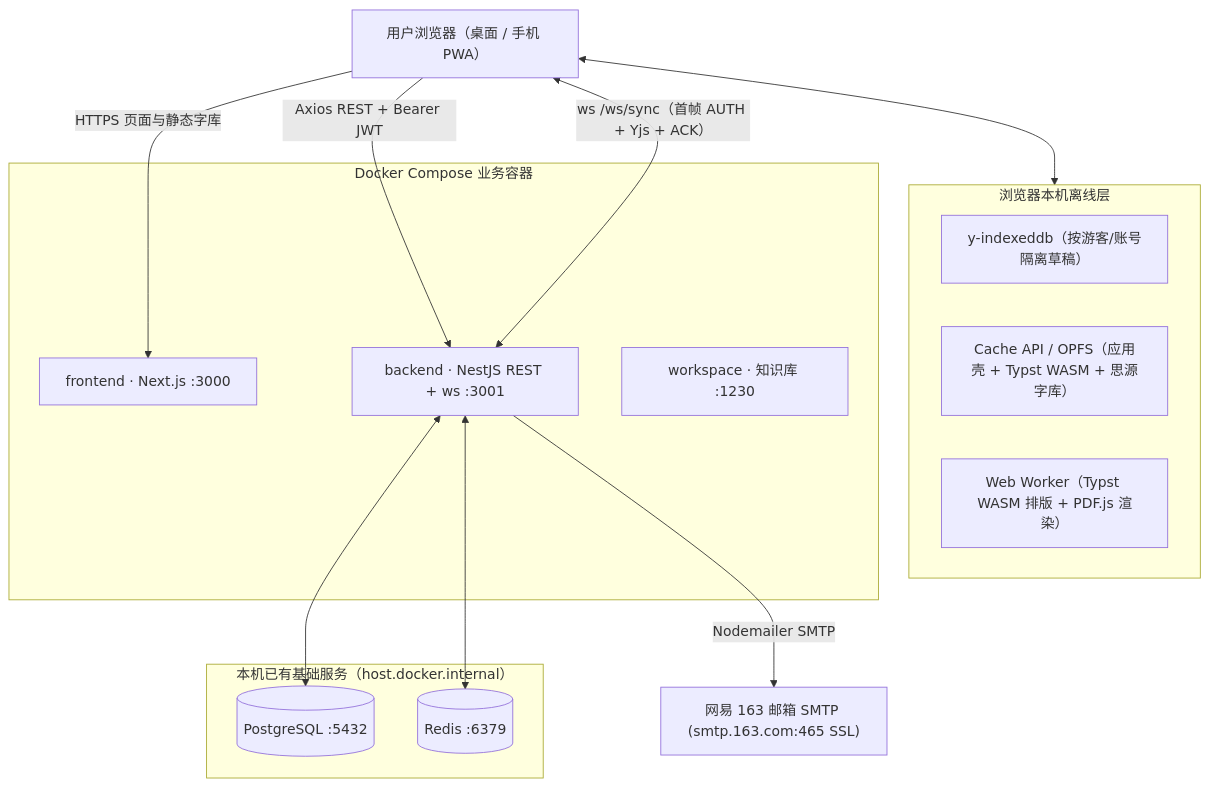
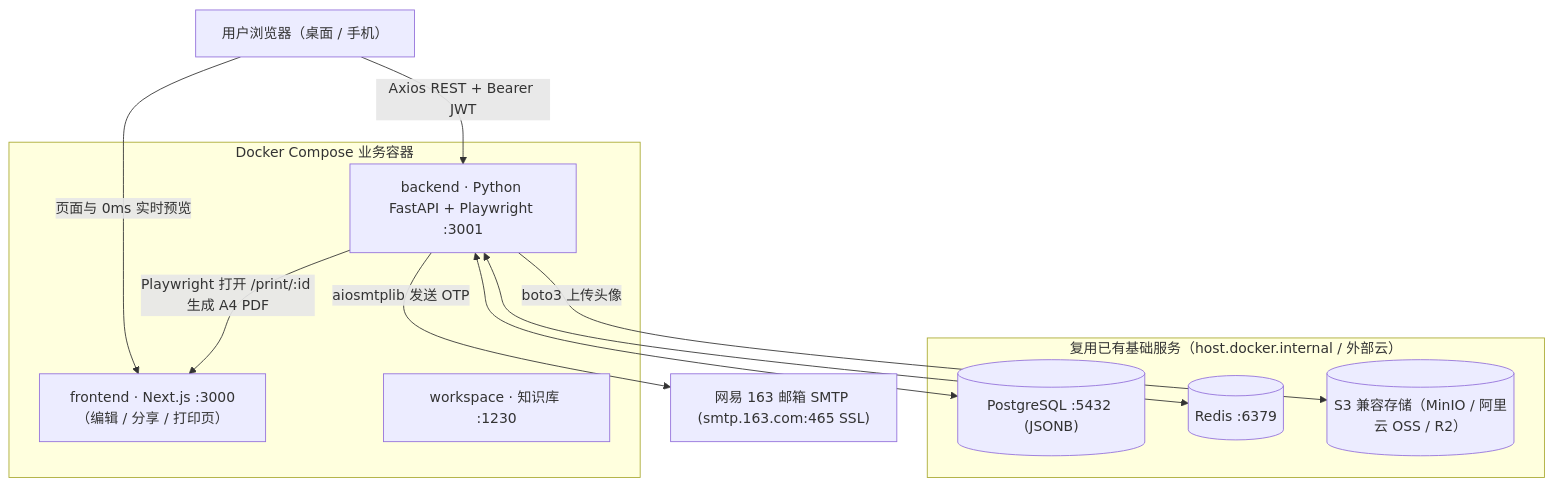
The diagram in PROJECT.md (StephenQiu30/cvory), drawn with Mermaid before and after one commit. The commit also changed other lines of this file and 5 other files, not shown here.

Commit message:
docs(arch): 切换后端架构至 Python FastAPI + Playwright + JSONB + S3 并清理旧编排

````diff
--- a/PROJECT.md
+++ b/PROJECT.md
@@ -133,31 +137,26 @@
 ```mermaid
 flowchart TB
-  Client["用户浏览器（桌面 / 手机 PWA）"]
-
-  subgraph Local["浏览器本机离线层"]
-    IDB["y-indexeddb（按游客/账号隔离草稿）"]
-    Cache["Cache API / OPFS（应用壳 + Typst WASM + 思源字库）"]
-    Worker["Web Worker（Typst WASM 排版 + PDF.js 渲染）"]
-  end
+  Client["用户浏览器（桌面 / 手机）"]
 
   subgraph Compose["Docker Compose 业务容器"]
-    FE["frontend · Next.js :3000"]
-    BE["backend · NestJS REST + ws :3001"]
+    FE["frontend · Next.js :3000（编辑 / 分享 / 打印页）"]
+    BE["backend · Python FastAPI + Playwright :3001"]
     WS["workspace · 知识库 :1230"]
   end
 
-  subgraph HostInfra["本机已有基础服务（host.docker.internal）"]
-    PG[("PostgreSQL :5432")]
+  subgraph HostInfra["复用已有基础服务（host.docker.internal / 外部云）"]
+    PG[("PostgreSQL :5432 (JSONB)")]
     RD[("Redis :6379")]
+    S3[("S3 兼容存储（MinIO / 阿里云 OSS / R2）")]
   end
 
   SMTP["网易 163 邮箱 SMTP (smtp.163.com:465 SSL)"]
 
-  Client <--> Local
-  Client -->|HTTPS 页面与静态字库| FE
+  Client -->|页面与 0ms 实时预览| FE
   Client -->|Axios REST + Bearer JWT| BE
-  Client <-->|ws /ws/sync（首帧 AUTH + Yjs + ACK）| BE
+  BE -->|Playwright 打开 /print/:id 生成 A4 PDF| FE
   BE <--> PG
   BE <--> RD
-  BE -->|Nodemailer SMTP| SMTP
+  BE -->|boto3 上传头像| S3
+  BE -->|aiosmtplib 发送 OTP| SMTP
 ```
````
